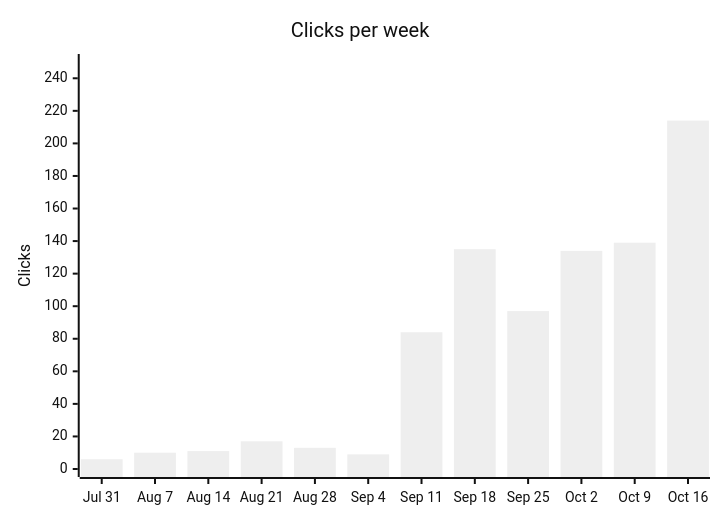
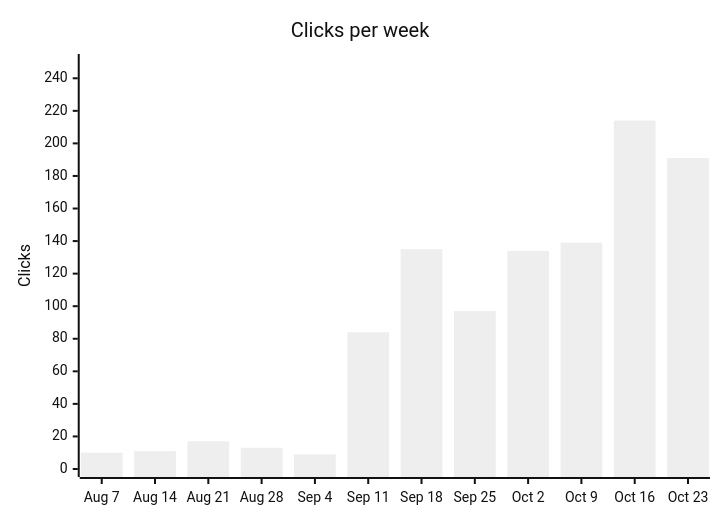
The first of 13 diagrams in latest.md (langx/website), drawn with Mermaid (neutral theme) before and after one commit. The commit also changed other lines of this file and 2 other files, not shown here.

````diff
--- a/latest.md
+++ b/latest.md
@@ -18,7 +18,7 @@
 ```mermaid
 xychart-beta
   title "Clicks per week"
-  x-axis ["Jul 31", "Aug 7", "Aug 14", "Aug 21", "Aug 28", "Sep 4", "Sep 11", "Sep 18", "Sep 25", "Oct 2", "Oct 9", "Oct 16"]
+  x-axis ["Aug 7", "Aug 14", "Aug 21", "Aug 28", "Sep 4", "Sep 11", "Sep 18", "Sep 25", "Oct 2", "Oct 9", "Oct 16", "Oct 23"]
   y-axis "Clicks" 0 --> 250
-  bar [6, 10, 11, 17, 13, 9, 84, 135, 97, 134, 139, 214]
+  bar [10, 11, 17, 13, 9, 84, 135, 97, 134, 139, 214, 191]
 ```
````
